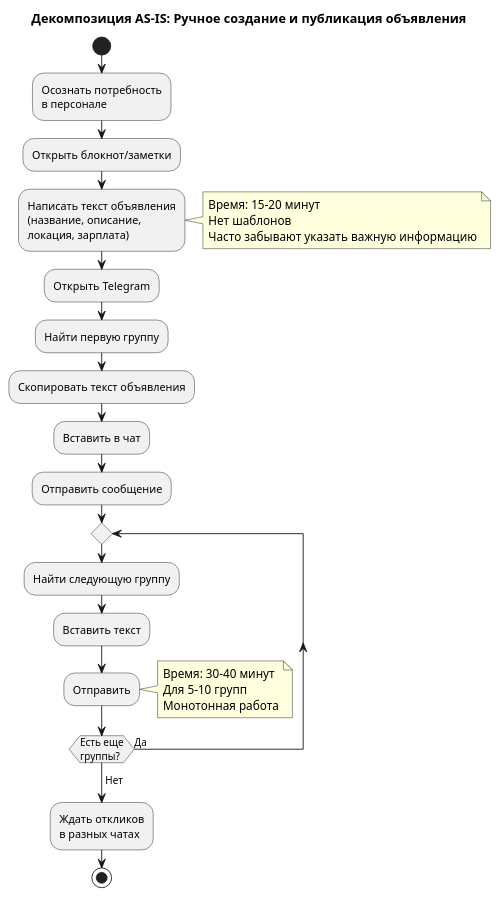
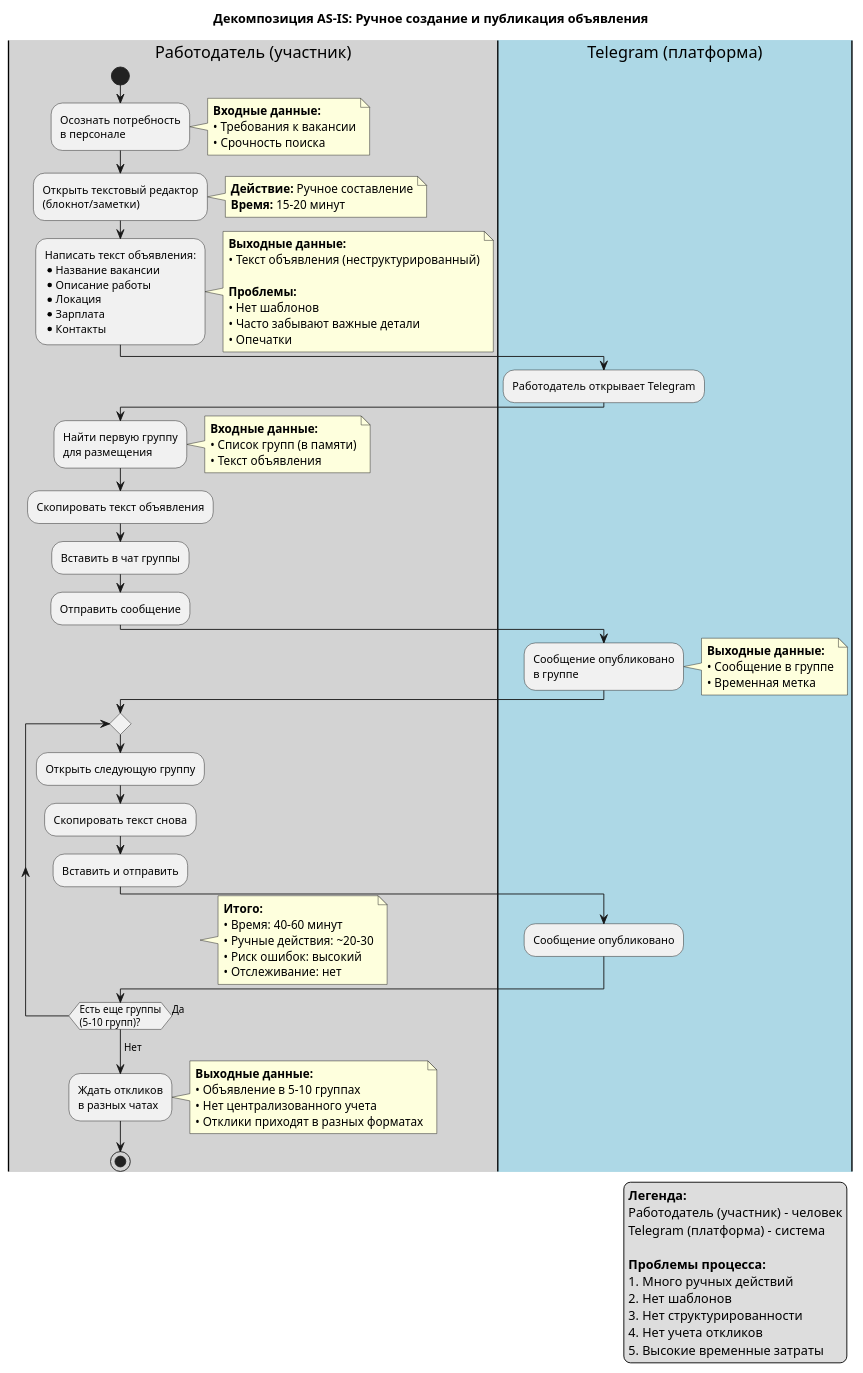
Before and after one commit to weuizx/Jobzi: the diagram in 9_сем_НИР_Jobzi/Диаграммы/UML/03_AS-IS_Activity_1_Публикация.puml, drawn with PlantUML. The commit also changed 6 other files, not shown here.

Commit message:
Обновлены диаграмы

```diff
--- a/9_сем_НИР_Jobzi/Диаграммы/UML/03_AS-IS_Activity_1_Публикация.puml
+++ b/9_сем_НИР_Jobzi/Диаграммы/UML/03_AS-IS_Activity_1_Публикация.puml
@@ -1,38 +1,105 @@
 @startuml AS-IS_Activity_1_Manual_Posting
 title Декомпозиция AS-IS: Ручное создание и публикация объявления
 
-|Работодатель|
+|#LightGray|Работодатель (участник)|
+|#LightBlue|Telegram (платформа)|
+
+|Работодатель (участник)|
 start
 :Осознать потребность\nв персонале;
-:Открыть блокнот/заметки;
-:Написать текст объявления\n(название, описание,\nлокация, зарплата);
 note right
-  Время: 15-20 минут
-  Нет шаблонов
-  Часто забывают указать важную информацию
+  **Входные данные:**
+  • Требования к вакансии
+  • Срочность поиска
 end note
 
-:Открыть Telegram;
-:Найти первую группу;
+:Открыть текстовый редактор\n(блокнот/заметки);
+note right
+  **Действие:** Ручное составление
+  **Время:** 15-20 минут
+end note
+
+:Написать текст объявления:
+* Название вакансии
+* Описание работы
+* Локация
+* Зарплата
+* Контакты;
+note right
+  **Выходные данные:**
+  • Текст объявления (неструктурированный)
+
+  **Проблемы:**
+  • Нет шаблонов
+  • Часто забывают важные детали
+  • Опечатки
+end note
+
+|Telegram (платформа)|
+:Работодатель открывает Telegram;
+
+|Работодатель (участник)|
+:Найти первую группу\nдля размещения;
+note right
+  **Входные данные:**
+  • Список групп (в памяти)
+  • Текст объявления
+end note
+
 :Скопировать текст объявления;
-:Вставить в чат;
+:Вставить в чат группы;
 :Отправить сообщение;
 
+|Telegram (платформа)|
+:Сообщение опубликовано\nв группе;
+note right
+  **Выходные данные:**
+  • Сообщение в группе
+  • Временная метка
+end note
+
+|Работодатель (участник)|
 repeat
-  :Найти следующую группу;
-  :Вставить текст;
-  :Отправить;
-repeat while (Есть еще\nгруппы?) is (Да)
+  :Открыть следующую группу;
+  :Скопировать текст снова;
+  :Вставить и отправить;
+
+  |Telegram (платформа)|
+  :Сообщение опубликовано;
+
+  |Работодатель (участник)|
+repeat while (Есть еще группы\n(5-10 групп)?) is (Да)
 ->Нет;
 
 note right
-  Время: 30-40 минут
-  Для 5-10 групп
-  Монотонная работа
+  **Итого:**
+  • Время: 40-60 минут
+  • Ручные действия: ~20-30
+  • Риск ошибок: высокий
+  • Отслеживание: нет
 end note
 
 :Ждать откликов\nв разных чатах;
+note right
+  **Выходные данные:**
+  • Объявление в 5-10 группах
+  • Нет централизованного учета
+  • Отклики приходят в разных форматах
+end note
 
 stop
 
+legend right
+  **Легенда:**
+  Работодатель (участник) - человек
+  Telegram (платформа) - система
+
+  **Проблемы процесса:**
+  1. Много ручных действий
+  2. Нет шаблонов
+  3. Нет структурированности
+  4. Нет учета откликов
+  5. Высокие временные затраты
+end legend
+
 @enduml
```
